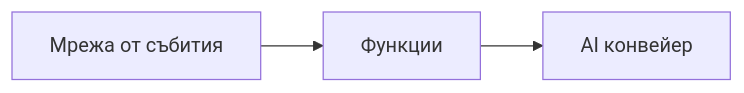
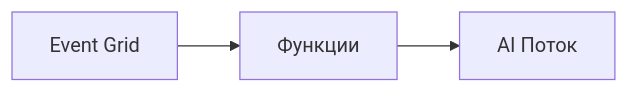
The second of 2 diagrams in translations/bg/docs/chapter-08-production/README.md (microsoft/AZD-for-beginners), drawn with Mermaid before and after one commit. The commit also changed other lines of this file and 101 other files, not shown here.

````diff
--- a/translations/bg/docs/chapter-08-production/README.md
+++ b/translations/bg/docs/chapter-08-production/README.md
@@ -54,4 +56,4 @@
 ```mermaid
 graph LR
-    EventGrid[Мрежа от събития] --> Functions[Функции] --> Pipeline[AI конвейер]
+    EventGrid[Event Grid] --> Functions[Функции] --> Pipeline[AI Поток]
 ```
````
